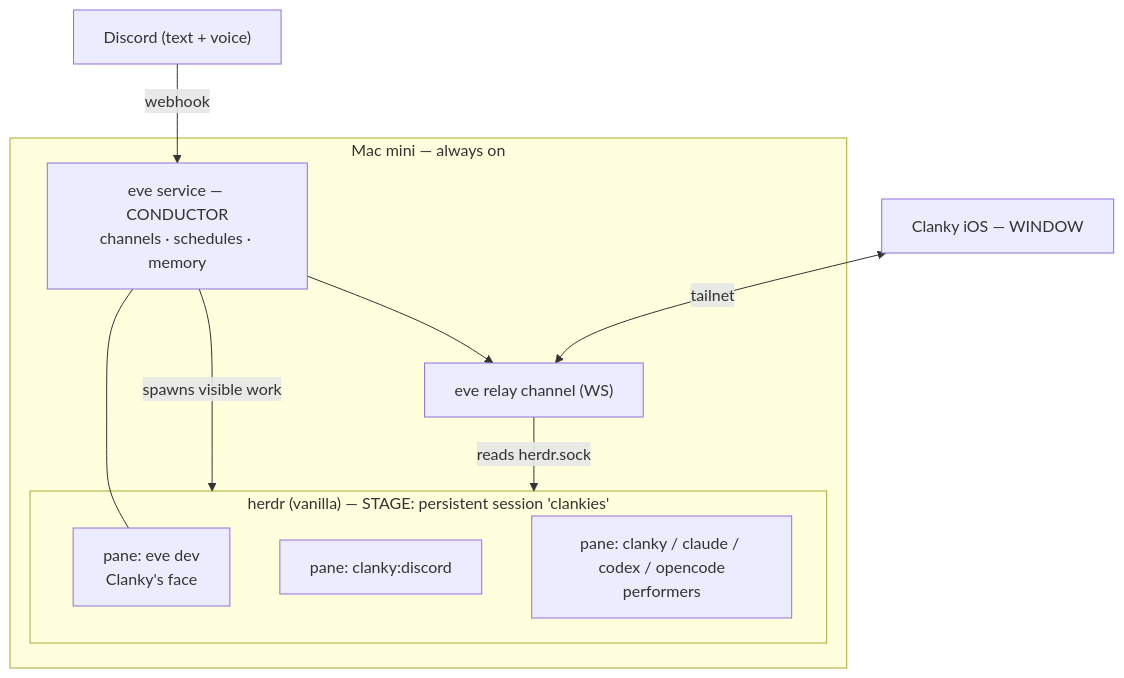
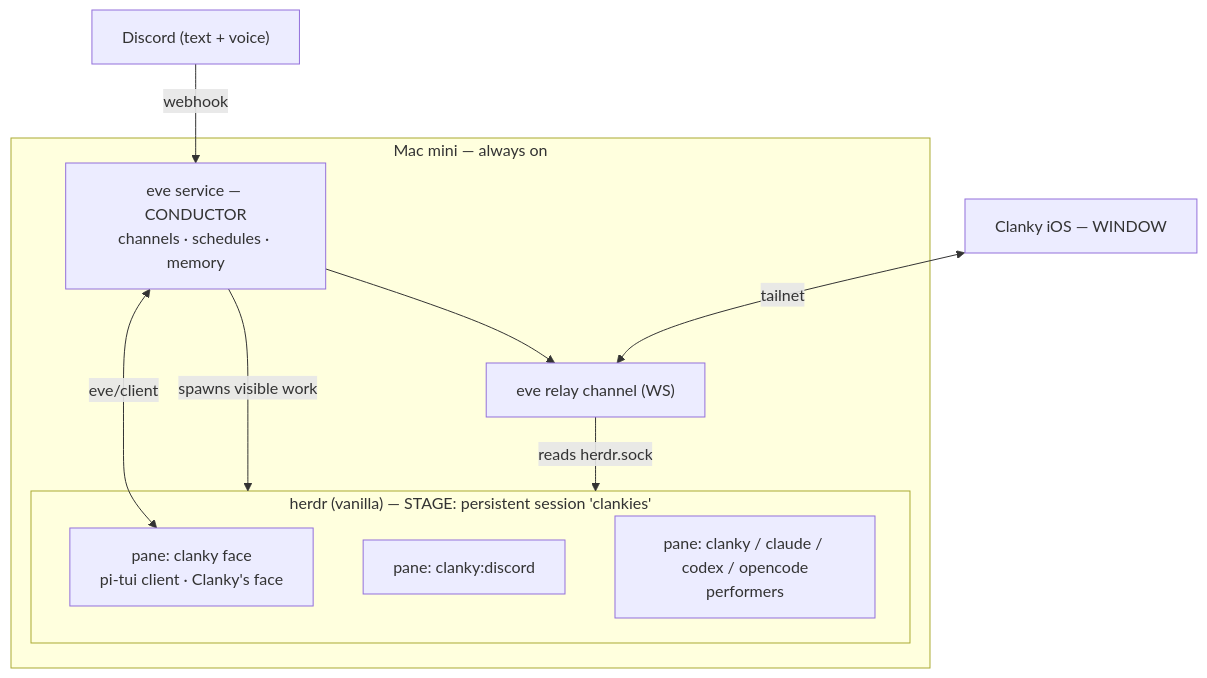
One commit to Volpestyle/clanky changed the diagram in README.md. Above: the diagram before and after it, drawn with Mermaid. The commit also changed other lines of this file and 32 other files, not shown here.

First line of the commit message:
Rebuild Clanky face on pi-tui components

````diff
--- a/README.md
+++ b/README.md
@@ -44,21 +45,21 @@
 ```mermaid
 flowchart TB
   subgraph mac["Mac mini — always on"]
     subgraph herdr["herdr (vanilla) — STAGE: persistent session 'clankies'"]
-      face["pane: eve dev<br/>Clanky's face"]
+      face["pane: clanky face<br/>pi-tui client · Clanky's face"]
       disc["pane: clanky:discord"]
       w1["pane: clanky / claude / codex / opencode<br/>performers"]
     end
     eve["eve service — CONDUCTOR<br/>channels · schedules · memory"]
     relay["eve relay channel (WS)"]
   end
   phone["Clanky iOS — WINDOW"]
   discord["Discord (text + voice)"]
 
   discord -->|webhook| eve
   eve -->|spawns visible work| herdr
-  eve --- face
+  eve <-->|eve/client| face
   eve --> relay
   relay -->|reads herdr.sock| herdr
   phone <-->|tailnet| relay
 ```
````
